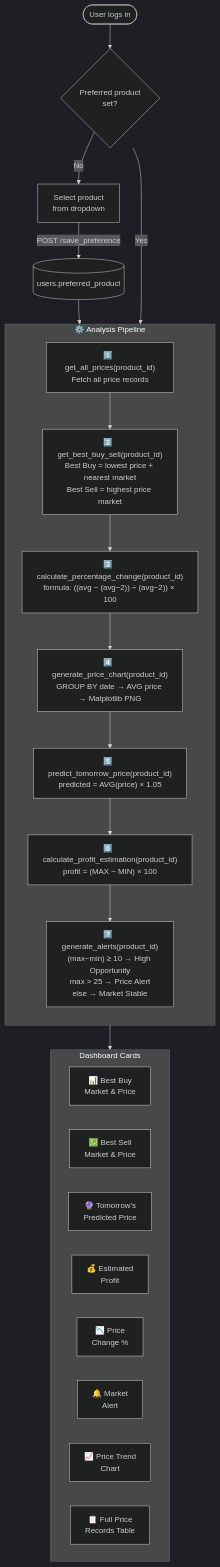
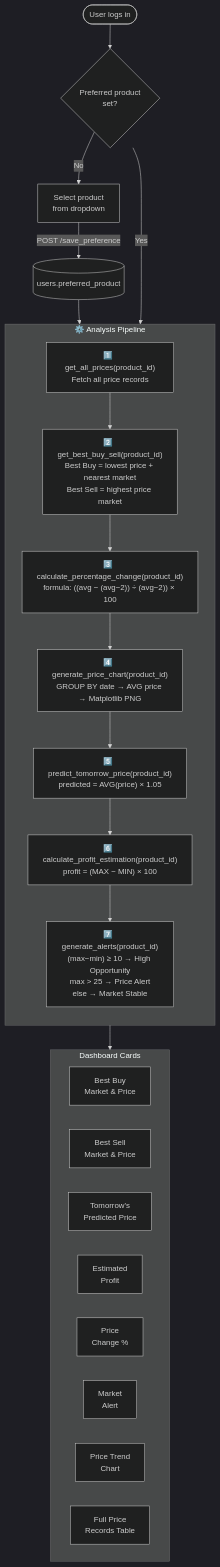
The fourth of 5 diagrams in README.md (ItsMeTinku/smart-market-price-analyzer), drawn with Mermaid (dark theme) before and after one commit. The commit also changed other lines of this file, not shown here.

Commit message:
update section headers in README
Removed emojis from dashboard card titles and adjusted section headers.

````diff
--- a/README.md
+++ b/README.md
@@ -199,36 +199,36 @@
 ```mermaid
 flowchart TD
     UserLogin(["User logs in"]) --> Pref{"Preferred product\nset?"}
 
     Pref -- "No" --> SelectProd["Select product\nfrom dropdown"]
     SelectProd -- "POST /save_preference" --> SavePref[("users.preferred_product")]
     SavePref --> Pipeline
 
     Pref -- "Yes" --> Pipeline
 
     subgraph Pipeline["⚙️ Analysis Pipeline"]
         direction TB
         S1["1️⃣  get_all_prices(product_id)\nFetch all price records"]
         S2["2️⃣  get_best_buy_sell(product_id)\nBest Buy = lowest price + nearest market\nBest Sell = highest price market"]
         S3["3️⃣  calculate_percentage_change(product_id)\nformula: ((avg − (avg−2)) ÷ (avg−2)) × 100"]
         S4["4️⃣  generate_price_chart(product_id)\nGROUP BY date → AVG price → Matplotlib PNG"]
         S5["5️⃣  predict_tomorrow_price(product_id)\npredicted = AVG(price) × 1.05"]
         S6["6️⃣  calculate_profit_estimation(product_id)\nprofit = (MAX − MIN) × 100"]
         S7["7️⃣  generate_alerts(product_id)\n(max−min) ≥ 10 → High Opportunity\nmax > 25 → Price Alert\nelse → Market Stable"]
         S1 --> S2 --> S3 --> S4 --> S5 --> S6 --> S7
     end
 
     Pipeline --> Dashboard["📊 Dashboard Rendered"]
 
     subgraph Dashboard["Dashboard Cards"]
         direction LR
-        C1["📊 Best Buy\nMarket & Price"]
-        C2["💹 Best Sell\nMarket & Price"]
-        C3["🔮 Tomorrow's\nPredicted Price"]
-        C4["💰 Estimated\nProfit"]
-        C5["📉 Price\nChange %"]
-        C6["🔔 Market\nAlert"]
-        C7["📈 Price Trend\nChart"]
-        C8["📋 Full Price\nRecords Table"]
+        C1[" Best Buy\nMarket & Price"]
+        C2[" Best Sell\nMarket & Price"]
+        C3[" Tomorrow's\nPredicted Price"]
+        C4[" Estimated\nProfit"]
+        C5[" Price\nChange %"]
+        C6[" Market\nAlert"]
+        C7[" Price Trend\nChart"]
+        C8[" Full Price\nRecords Table"]
     end
 ```
````
